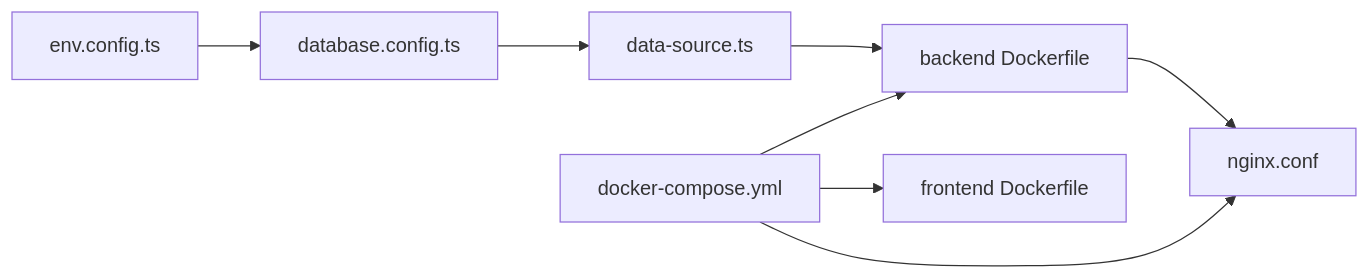
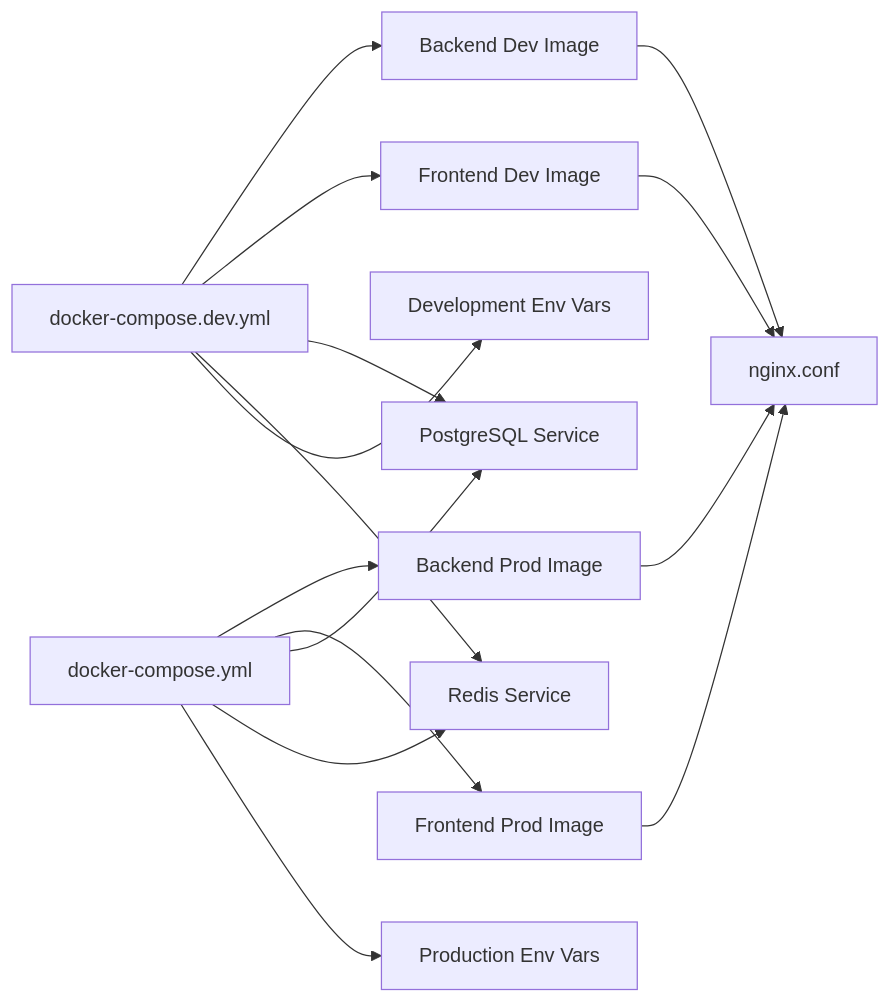
One commit to franckylab/eLISAschool changed the fifth of 5 diagrams in .qoder/repowiki/en/content/Deployment & Docker Configuration.md. Above: the diagram before and after it, drawn with Mermaid. The commit also changed other lines of this file and 126 other files, not shown here.

````diff
--- a/.qoder/repowiki/en/content/Deployment & Docker Configuration.md
+++ b/.qoder/repowiki/en/content/Deployment & Docker Configuration.md
@@ -274,17 +298,28 @@
 ```mermaid
 graph LR
-Env["env.config.ts"]
-DBConf["database.config.ts"]
-DS["data-source.ts"]
-Backend["backend Dockerfile"]
-Frontend["frontend Dockerfile"]
+DevCompose["docker-compose.dev.yml"]
+ProdCompose["docker-compose.yml"]
+EnvDev["Development Env Vars"]
+EnvProd["Production Env Vars"]
+BackendDev["Backend Dev Image"]
+BackendProd["Backend Prod Image"]
+FrontendDev["Frontend Dev Image"]
+FrontendProd["Frontend Prod Image"]
 Nginx["nginx.conf"]
-Compose["docker-compose.yml"]
-Env --> DBConf
-DBConf --> DS
-DS --> Backend
-Backend --> Nginx
-Compose --> Backend
-Compose --> Frontend
-Compose --> Nginx
+Postgres["PostgreSQL Service"]
+Redis["Redis Service"]
+DevCompose --> BackendDev
+DevCompose --> FrontendDev
+DevCompose --> Postgres
+DevCompose --> Redis
+DevCompose --> EnvDev
+ProdCompose --> BackendProd
+ProdCompose --> FrontendProd
+ProdCompose --> Postgres
+ProdCompose --> Redis
+ProdCompose --> EnvProd
+BackendDev --> Nginx
+BackendProd --> Nginx
+FrontendDev --> Nginx
+FrontendProd --> Nginx
 ```
````
